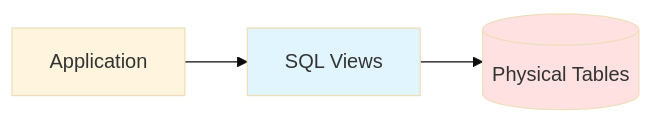
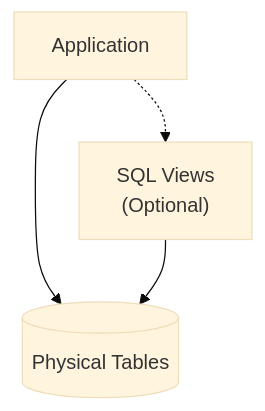
One commit to robfromboulder/virtual-view-manifesto changed the first of 13 diagrams in README.md. Above: the diagram before and after it, drawn with Mermaid (base theme). The commit also changed other lines of this file and 1 other file, not shown here.

````diff
--- a/README.md
+++ b/README.md
@@ -93,8 +53,6 @@
 ```mermaid
-flowchart LR
-    App[Application] --> Views[SQL Views]
-    Views --> Tables[(Physical Tables)]
-    
-    style Views fill:#e1f5ff
-    style Tables fill:#ffe1e1
+flowchart TD
+    App[Application] --> Tables[("Physical Tables")]
+    App -.-> Views["SQL Views<br/>(Optional)"]
+    Views --> Tables
 ```
````
